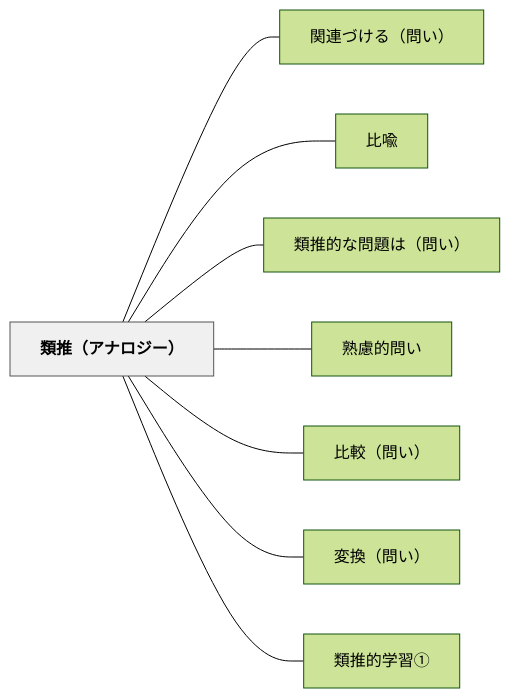
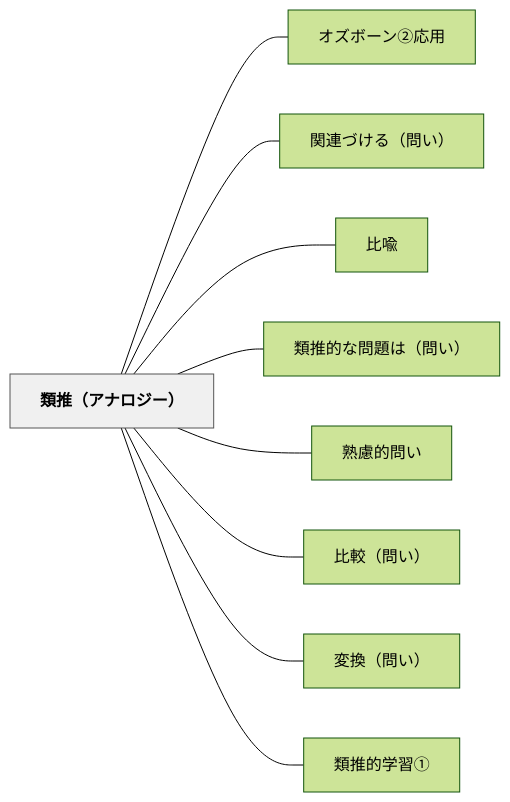
Before and after one commit to unknownthings-ed-patterns/unknownthings-ed-patterns: the diagram in content/パタン/類推（アナロジー）.md, drawn with Mermaid (forest theme). The commit also changed other lines of this file and 44 other files, not shown here.

````diff
--- a/content/パタン/類推（アナロジー）.md
+++ b/content/パタン/類推（アナロジー）.md
@@ -53,22 +54,24 @@
 ```mermaid
 flowchart LR
     ne9a19ee68ea8efbc88e382a2e3838ae383ade382b8e383bcefbc89["類推（アナロジー）"]
+    ne382aae382bae3839ce383bce383b3e291a1e5bf9ce794a8["オズボーン②応用"]
     ne996a2e980a3e381a5e38191e3828befbc88e5958fe38184efbc89["関連づける（問い）"]
     ne6af94e596a9["比喩"]
     ne9a19ee68ea8e79a84e381aae5958fe9a18ce381afefbc88e5958fe38184efbc89["類推的な問題は（問い）"]
     ne7869fe685aee79a84e5958fe38184["熟慮的問い"]
     ne6af94e8bc83efbc88e5958fe38184efbc89["比較（問い）"]
     ne5a489e68f9befbc88e5958fe38184efbc89["変換（問い）"]
     ne9a19ee68ea8e79a84e5ada6e7bf92e291a0["類推的学習①"]
 
+    ne9a19ee68ea8efbc88e382a2e3838ae383ade382b8e383bcefbc89 --- ne382aae382bae3839ce383bce383b3e291a1e5bf9ce794a8
     ne9a19ee68ea8efbc88e382a2e3838ae383ade382b8e383bcefbc89 --- ne996a2e980a3e381a5e38191e3828befbc88e5958fe38184efbc89
     ne9a19ee68ea8efbc88e382a2e3838ae383ade382b8e383bcefbc89 --- ne6af94e596a9
     ne9a19ee68ea8efbc88e382a2e3838ae383ade382b8e383bcefbc89 --- ne9a19ee68ea8e79a84e381aae5958fe9a18ce381afefbc88e5958fe38184efbc89
     ne9a19ee68ea8efbc88e382a2e3838ae383ade382b8e383bcefbc89 --- ne7869fe685aee79a84e5958fe38184
     ne9a19ee68ea8efbc88e382a2e3838ae383ade382b8e383bcefbc89 --- ne6af94e8bc83efbc88e5958fe38184efbc89
     ne9a19ee68ea8efbc88e382a2e3838ae383ade382b8e383bcefbc89 --- ne5a489e68f9befbc88e5958fe38184efbc89
     ne9a19ee68ea8efbc88e382a2e3838ae383ade382b8e383bcefbc89 --- ne9a19ee68ea8e79a84e5ada6e7bf92e291a0
 
     classDef hub fill:#f0f0f0,stroke:#555,color:#000,font-weight:bold
     class ne9a19ee68ea8efbc88e382a2e3838ae383ade382b8e383bcefbc89 hub
 ```
````
